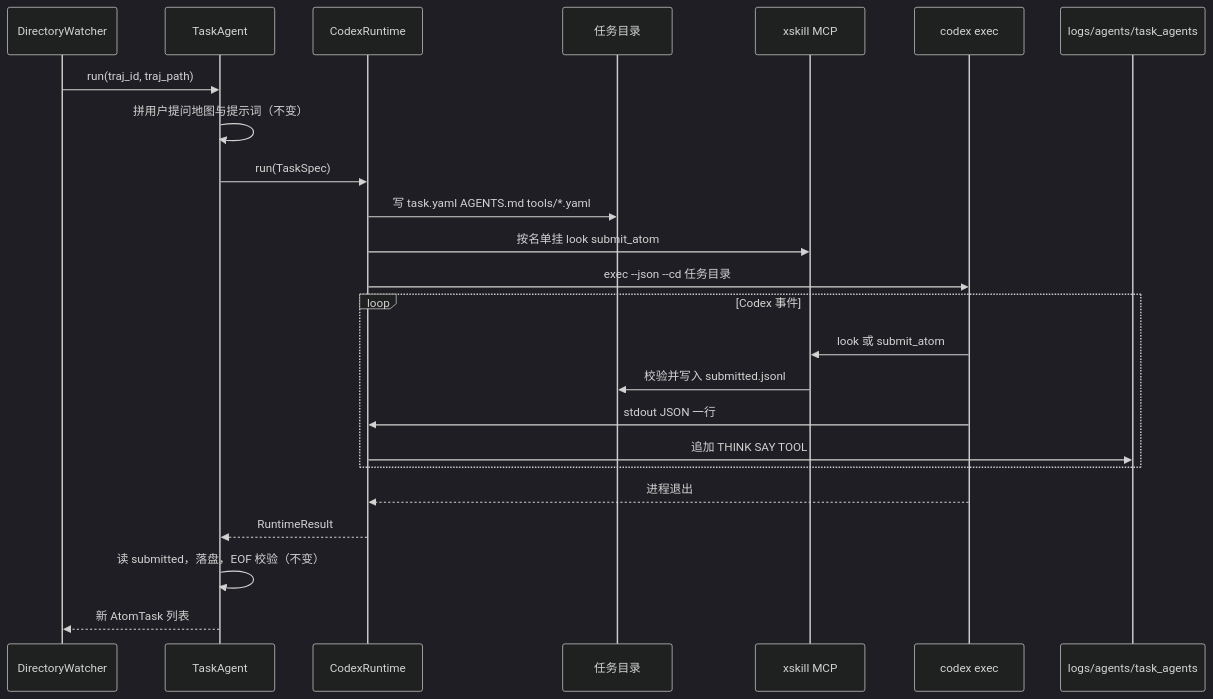
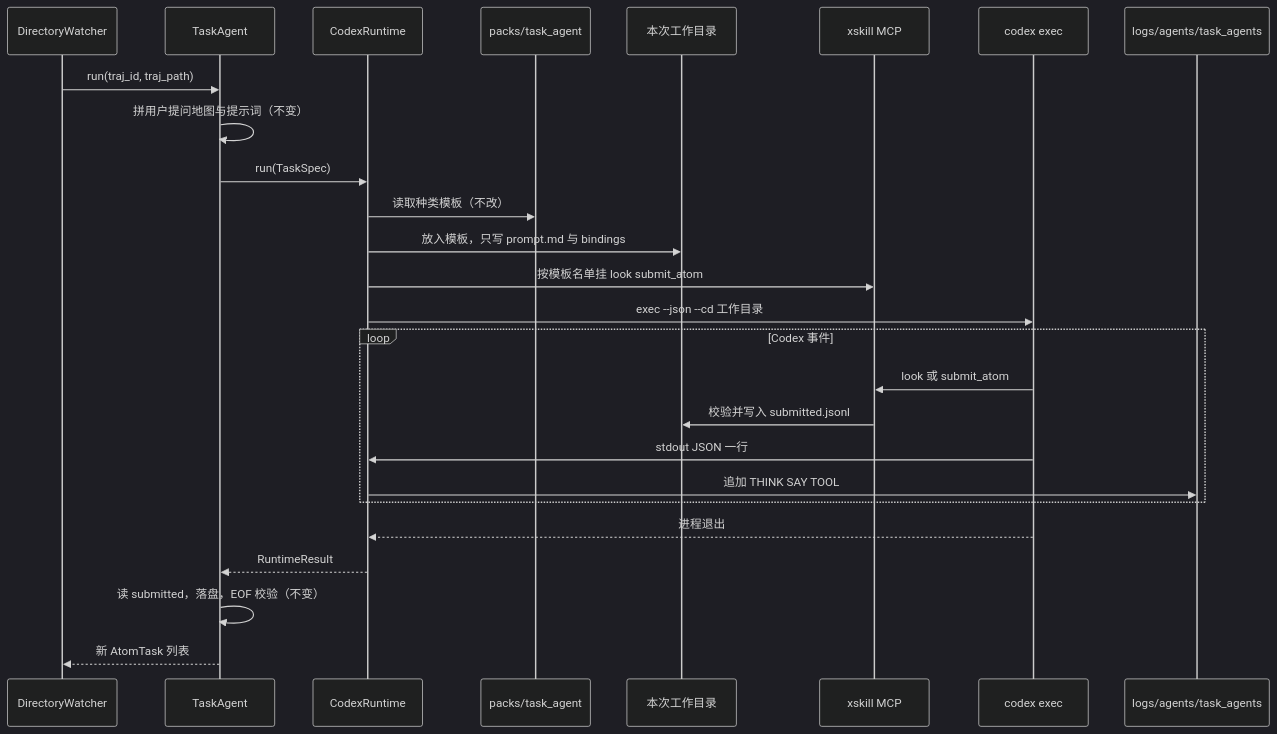
Before and after one commit to SkillNerds/xskill: the fourth of 6 diagrams in docs/plans/2026-09-01-codex-execution-kernel.md, drawn with Mermaid (dark theme). The commit also changed other lines of this file, not shown here.

First line of the commit message:
docs: 写明 task.yaml 是种类模板不是每次运行的实例

````diff
--- a/docs/plans/2026-09-01-codex-execution-kernel.md
+++ b/docs/plans/2026-09-01-codex-execution-kernel.md
@@ -273,27 +283,29 @@
 ```mermaid
 sequenceDiagram
     participant W as DirectoryWatcher
     participant TA as TaskAgent
     participant R as CodexRuntime
-    participant P as 任务目录
+    participant Tpl as packs/task_agent
+    participant P as 本次工作目录
     participant M as xskill MCP
     participant C as codex exec
     participant L as logs/agents/task_agents
 
     W->>TA: run(traj_id, traj_path)
     TA->>TA: 拼用户提问地图与提示词（不变）
     TA->>R: run(TaskSpec)
-    R->>P: 写 task.yaml AGENTS.md tools/*.yaml
-    R->>M: 按名单挂 look submit_atom
-    R->>C: exec --json --cd 任务目录
+    R->>Tpl: 读取种类模板（不改）
+    R->>P: 放入模板，只写 prompt.md 与 bindings
+    R->>M: 按模板名单挂 look submit_atom
+    R->>C: exec --json --cd 工作目录
     loop Codex 事件
         C->>M: look 或 submit_atom
         M->>P: 校验并写入 submitted.jsonl
         C->>R: stdout JSON 一行
         R->>L: 追加 THINK SAY TOOL
     end
     C-->>R: 进程退出
     R-->>TA: RuntimeResult
     TA->>TA: 读 submitted，落盘，EOF 校验（不变）
     TA-->>W: 新 AtomTask 列表
 ```
````
